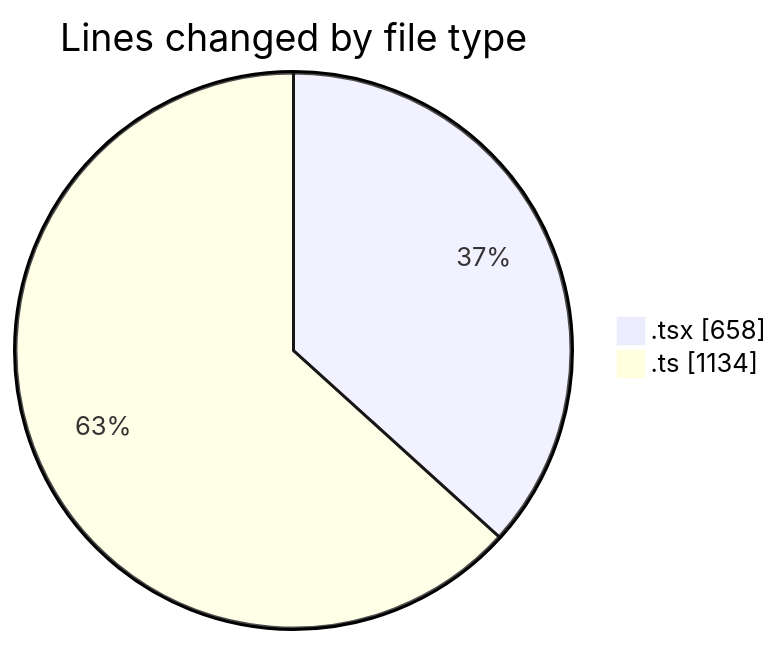
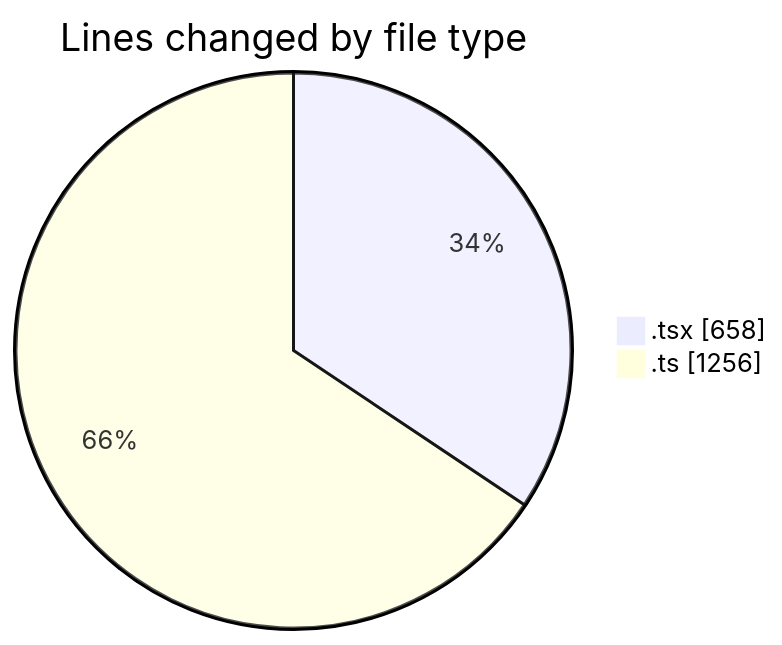
Before and after one commit to momahboobian/code-tracking: the first of 2 diagrams in 2025-09-22/cda/README.md, drawn with Mermaid. The commit also changed other lines of this file and 1 other file, not shown here.

````diff
--- a/2025-09-22/cda/README.md
+++ b/2025-09-22/cda/README.md
@@ -23,6 +24,6 @@
 ```mermaid
 pie showData
 title Lines changed by file type
 ".tsx" : 658
-".ts" : 1134
+".ts" : 1256
 ```
````
